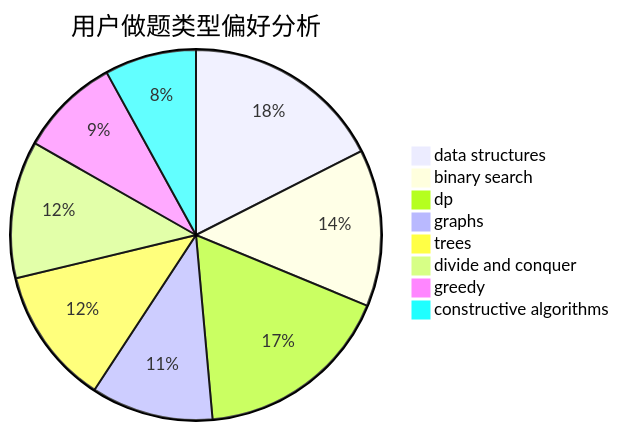
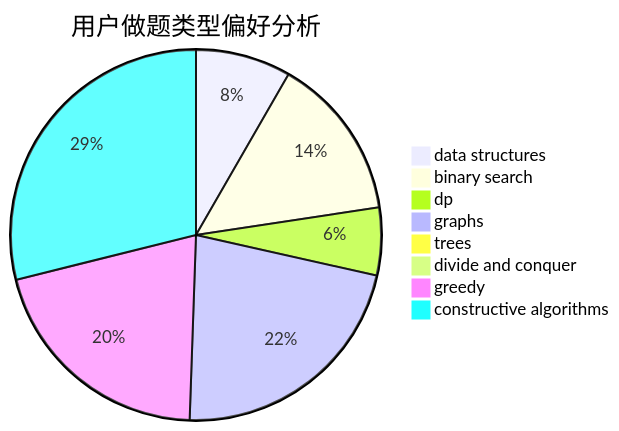
The second of 3 diagrams in docs/user/u306.md (sherpahu/cfrs.github.io), drawn with Mermaid before and after one commit. The commit also changed other lines of this file and 2770 other files, not shown here.

````diff
--- a/docs/user/u306.md
+++ b/docs/user/u306.md
@@ -23,11 +23,11 @@
 ```mermaid
 pie title 用户做题类型偏好分析
-    "data structures" :  92
-    "binary search" :  72
-    "dp" :  91
-    "graphs" :  56
-    "trees" :  63
-    "divide and conquer" :  63
-    "greedy" :  46
-    "constructive algorithms" :  42
+    "data structures" :  114
+    "binary search" :  196
+    "dp" :  81
+    "graphs" :  302
+    "trees" :  8
+    "divide and conquer" :  0
+    "greedy" :  282
+    "constructive algorithms" :  396
 ```
````
